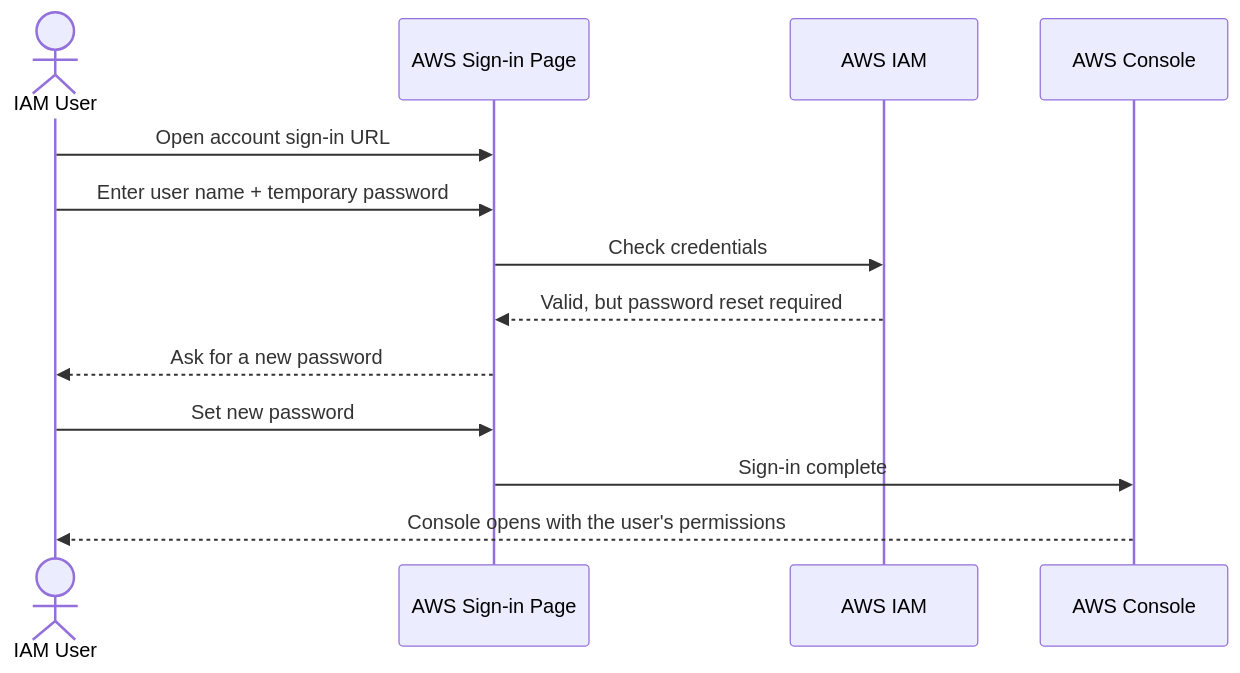
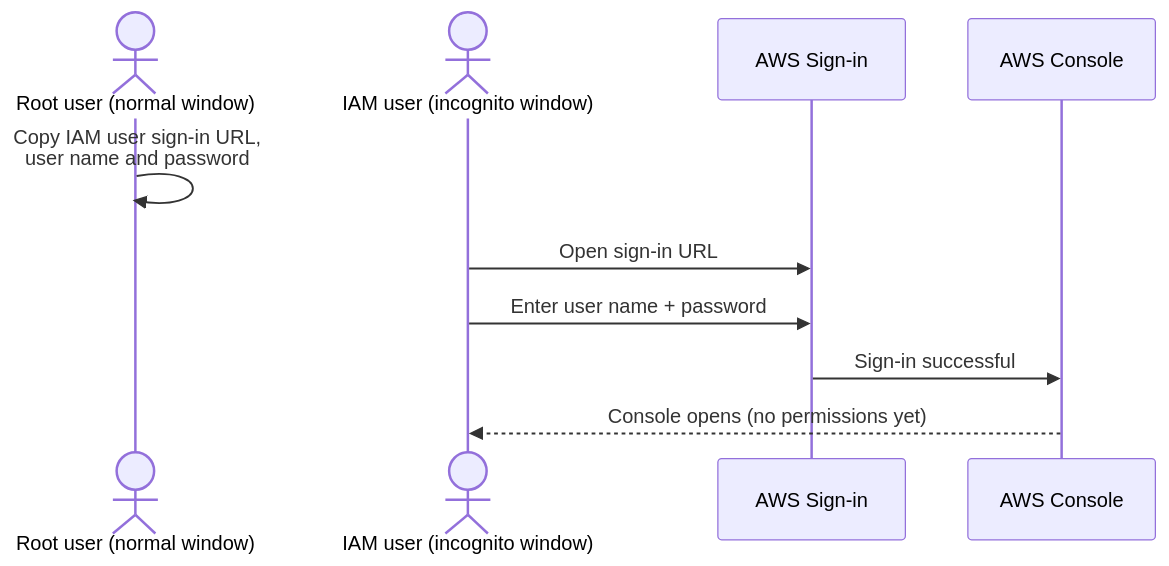
The fourth of 5 diagrams in 05-iam-user-console-access/README.md (miraclechinwe/aws-cloud-labs), drawn with Mermaid before and after one commit. The commit also changed other lines of this file and 2 other files, not shown here.

First line of the commit message:
Rewrite IAM labs as Demo 1 (console) and Demo 2 (AWS CLI) from class notes

````diff
--- a/05-iam-user-console-access/README.md
+++ b/05-iam-user-console-access/README.md
@@ -149,16 +119,13 @@
 ```mermaid
 sequenceDiagram
-    actor U as IAM User
-    participant S as AWS Sign-in Page
-    participant I as AWS IAM
+    actor R as Root user (normal window)
+    actor U as IAM user (incognito window)
+    participant S as AWS Sign-in
     participant C as AWS Console
 
-    U->>S: Open account sign-in URL
-    U->>S: Enter user name + temporary password
-    S->>I: Check credentials
-    I-->>S: Valid, but password reset required
-    S-->>U: Ask for a new password
-    U->>S: Set new password
-    S->>C: Sign-in complete
-    C-->>U: Console opens with the user's permissions
+    R->>R: Copy IAM user sign-in URL,<br/>user name and password
+    U->>S: Open sign-in URL
+    U->>S: Enter user name + password
+    S->>C: Sign-in successful
+    C-->>U: Console opens (no permissions yet)
 ```
````
